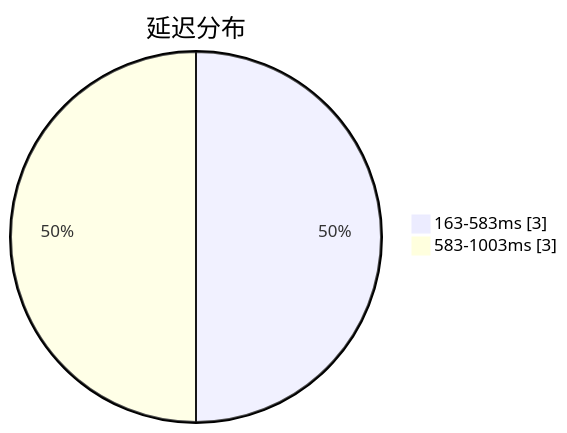
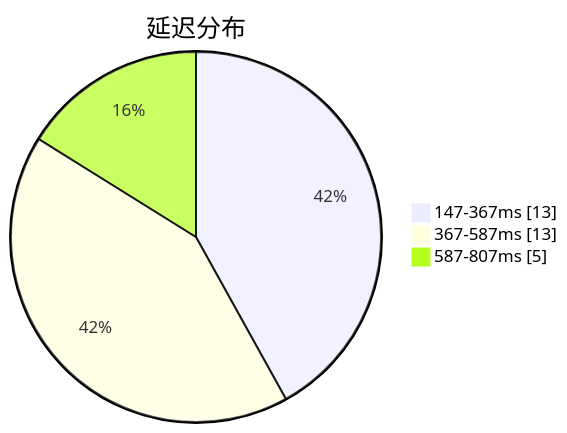
The first of 3 diagrams in subs/statistics/tested_within.md (sinspired/airport), drawn with Mermaid before and after one commit. The commit also changed other lines of this file and 2 other files, not shown here.

````diff
--- a/subs/statistics/tested_within.md
+++ b/subs/statistics/tested_within.md
@@ -2,6 +2,7 @@
 ```mermaid
 pie showData
 title 延迟分布
-"163-583ms" : 3
-"583-1003ms" : 3
+"147-367ms" : 13
+"367-587ms" : 13
+"587-807ms" : 5
 ```
````
